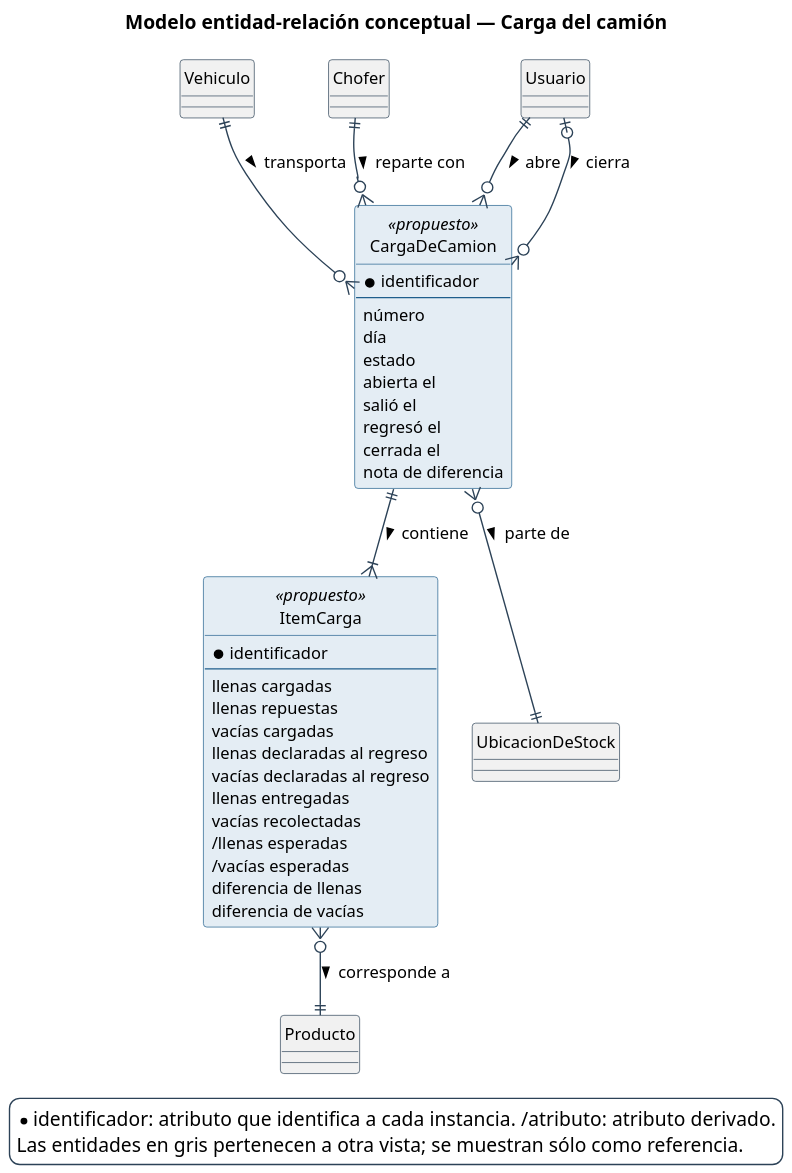
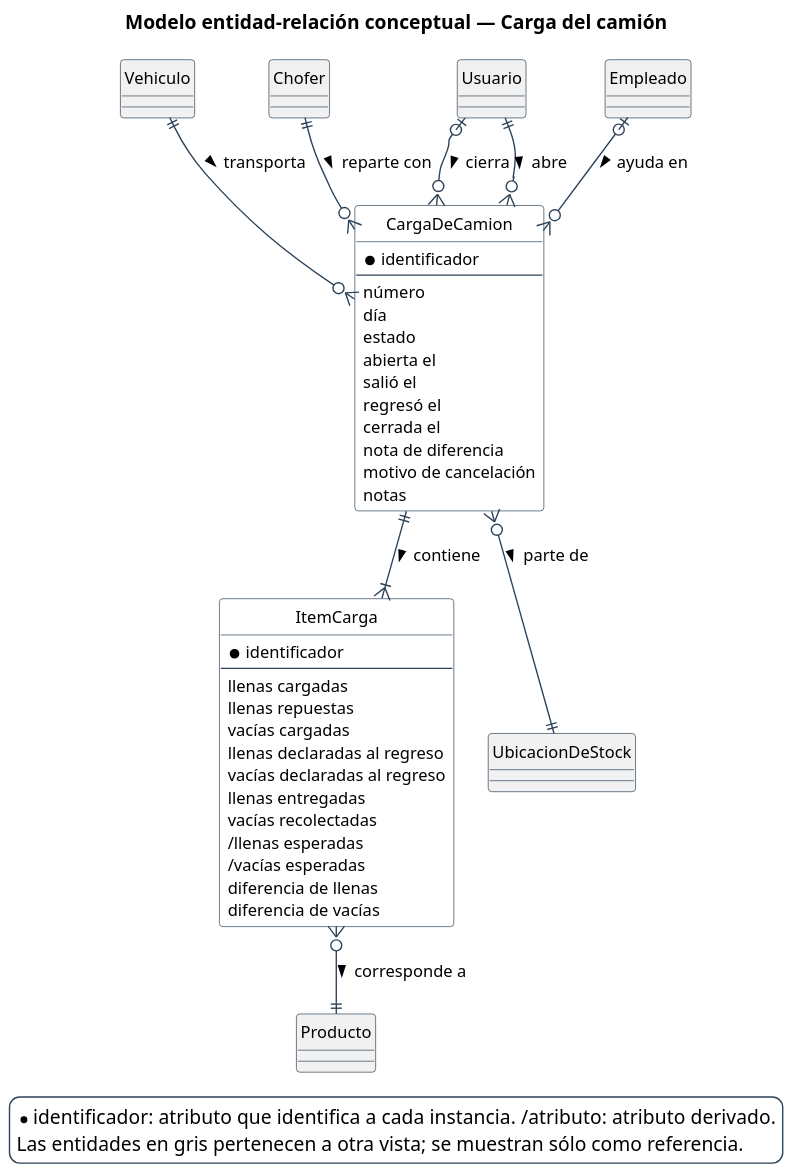
Before and after one commit to Nahuelito-Dev/splg-docs: the diagram in diagramas/base-de-datos/conceptual/SPLG-der-10-carga-del-camion.puml, drawn with PlantUML. The commit also changed 389 other files, not shown here.

First line of the commit message:
docs(camion): carga del camión implementada (CU-289 a CU-291), modelos en draw.io y fuera Lucidchart

```diff
--- a/diagramas/base-de-datos/conceptual/SPLG-der-10-carga-del-camion.puml
+++ b/diagramas/base-de-datos/conceptual/SPLG-der-10-carga-del-camion.puml
@@ -1,85 +1,90 @@
 @startuml
 title Modelo entidad-relación conceptual — Carga del camión
 skinparam backgroundColor #FFFFFF
 skinparam shadowing false
 skinparam defaultFontName Helvetica
 skinparam defaultFontSize 12
 skinparam dpi 150
 skinparam class {
   BorderColor #2C4257
   BackgroundColor #FFFFFF
   ArrowColor #2C4257
   FontSize 12
 }
 skinparam entity<<ajena>> {
   BackgroundColor #F1F1F1
   BorderColor #8A97A3
   FontColor #55616C
 }
 skinparam class<<propuesto>> {
   BorderColor #1F5E8C
   BackgroundColor #E4EDF4
 }
 skinparam entity<<propuesto>> {
   BorderColor #1F5E8C
   BackgroundColor #E4EDF4
 }
 skinparam legendBackgroundColor #FFFFFF
 skinparam legendBorderColor #2C4257
 
 hide circle
 
 skinparam nodesep 25
 skinparam ranksep 45
 
-entity CargaDeCamion <<propuesto>> #E4EDF4;line:1F5E8C {
+entity CargaDeCamion {
   * identificador
   --
   {field} número
   {field} día
   {field} estado
   {field} abierta el
   {field} salió el
   {field} regresó el
   {field} cerrada el
   {field} nota de diferencia
+  {field} motivo de cancelación
+  {field} notas
 }
-entity ItemCarga <<propuesto>> #E4EDF4;line:1F5E8C {
+entity ItemCarga {
   * identificador
   --
   {field} llenas cargadas
   {field} llenas repuestas
   {field} vacías cargadas
   {field} llenas declaradas al regreso
   {field} vacías declaradas al regreso
   {field} llenas entregadas
   {field} vacías recolectadas
   {field} /llenas esperadas
   {field} /vacías esperadas
   {field} diferencia de llenas
   {field} diferencia de vacías
 }
 entity Vehiculo #F1F1F1 {
 }
 entity Chofer #F1F1F1 {
 }
 entity UbicacionDeStock #F1F1F1 {
 }
 entity Producto #F1F1F1 {
 }
 entity Usuario #F1F1F1 {
 }
+entity Empleado #F1F1F1 {
+}
 
 Vehiculo ||--o{ CargaDeCamion : transporta >
+Usuario |o--o{ CargaDeCamion : cierra >
 Chofer ||--o{ CargaDeCamion : reparte con >
+Empleado |o--o{ CargaDeCamion : ayuda en >
+Usuario ||--o{ CargaDeCamion : abre >
 CargaDeCamion }o--|| UbicacionDeStock : parte de >
-Usuario ||--o{ CargaDeCamion : abre >
-Usuario |o--o{ CargaDeCamion : cierra >
+ItemCarga }o--|| Producto : corresponde a >
 CargaDeCamion ||--|{ ItemCarga : contiene >
-ItemCarga }o--|| Producto : corresponde a >
 
 legend bottom right
   * identificador: atributo que identifica a cada instancia.  /atributo: atributo derivado.
   Las entidades en gris pertenecen a otra vista; se muestran sólo como referencia.
 endlegend
 @enduml
```
